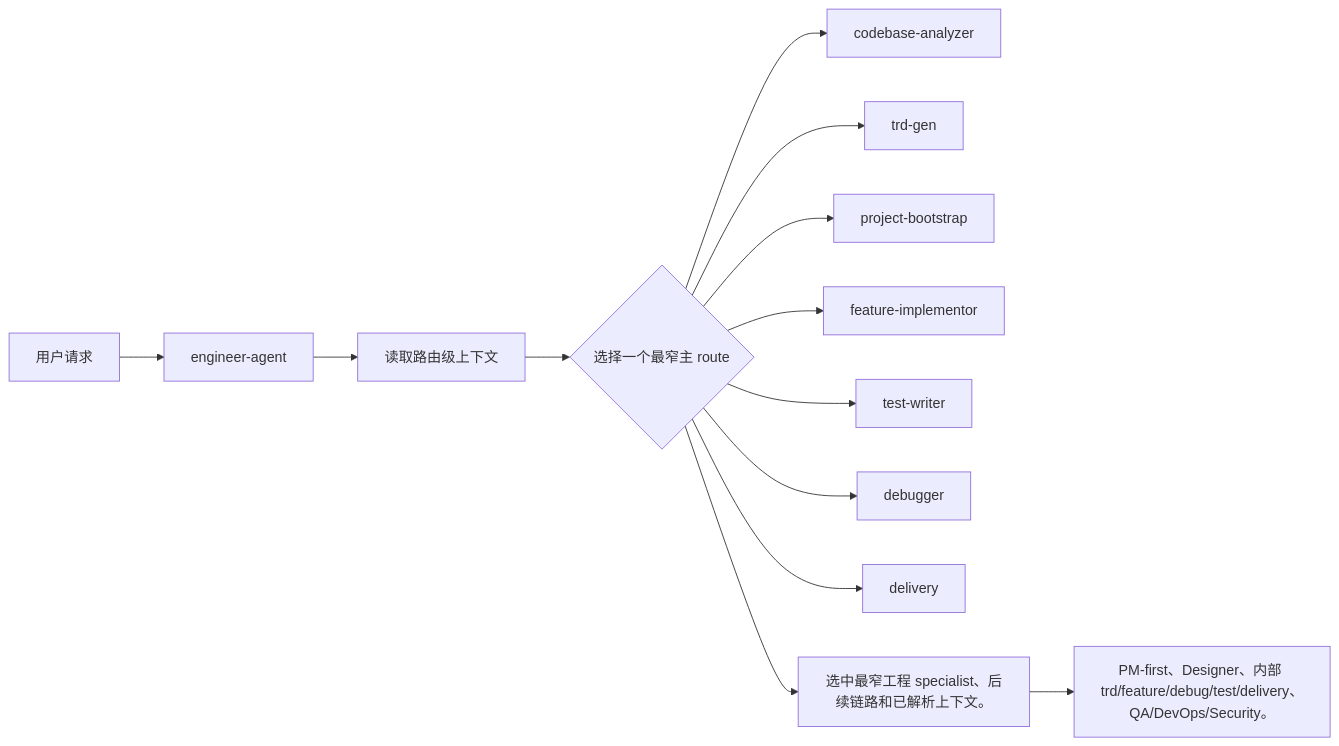
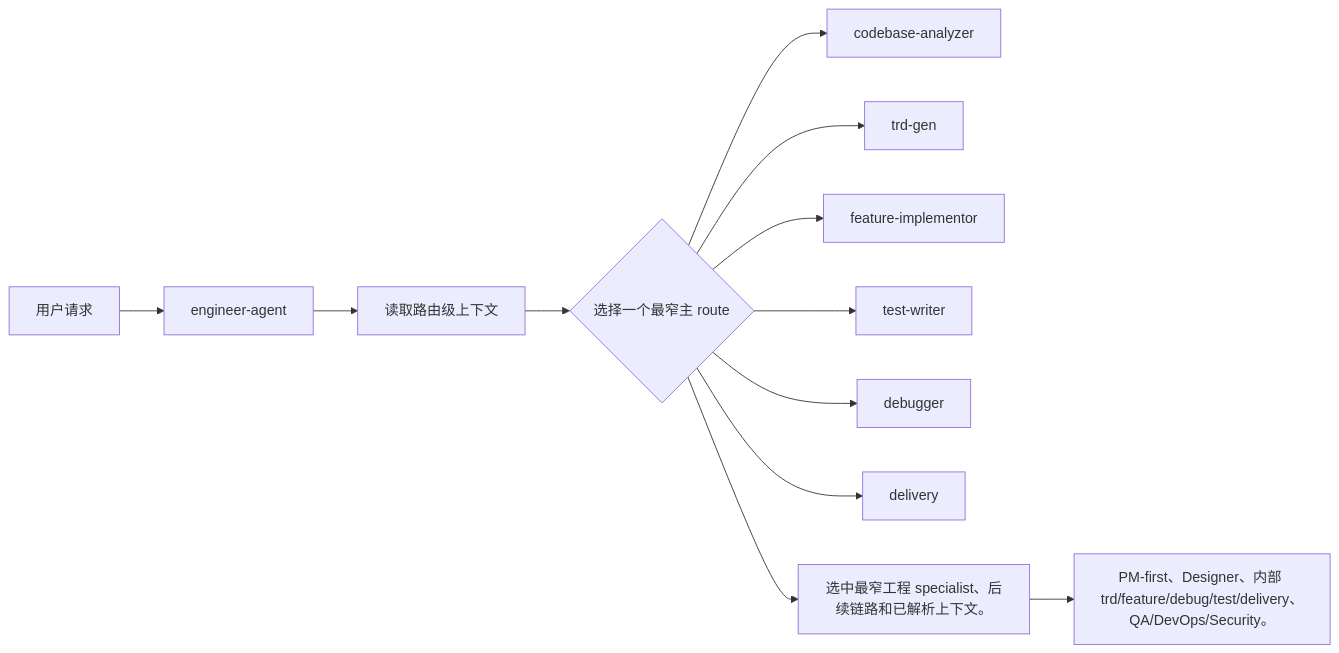
The diagram in docs/pm/agents/engineer-agent/skills/engineer-agent/PRD.md (Neplich/dev-agent-skills), drawn with Mermaid before and after one commit. The commit also changed other lines of this file and 46 other files, not shown here.

First line of the commit message:
chore: 移除 project-bootstrap skill（D-1 决策）(#196) (#205)

````diff
--- a/docs/pm/agents/engineer-agent/skills/engineer-agent/PRD.md
+++ b/docs/pm/agents/engineer-agent/skills/engineer-agent/PRD.md
@@ -118,15 +117,14 @@
 ```mermaid
 flowchart LR
     User["用户请求"] --> Entry["engineer-agent"]
     Entry --> Context["读取路由级上下文"]
     Context --> Decision{"选择一个最窄主 route"}
     Decision --> codebase_analyzer["codebase-analyzer"]
     Decision --> trd_gen["trd-gen"]
-    Decision --> project_bootstrap["project-bootstrap"]
     Decision --> feature_implementor["feature-implementor"]
     Decision --> test_writer["test-writer"]
     Decision --> debugger["debugger"]
     Decision --> delivery["delivery"]
     Decision --> Output["选中最窄工程 specialist、后续链路和已解析上下文。"]
     Output --> Handoff["PM-first、Designer、内部 trd/feature/debug/test/delivery、QA/DevOps/Security。"]
 ```
````
